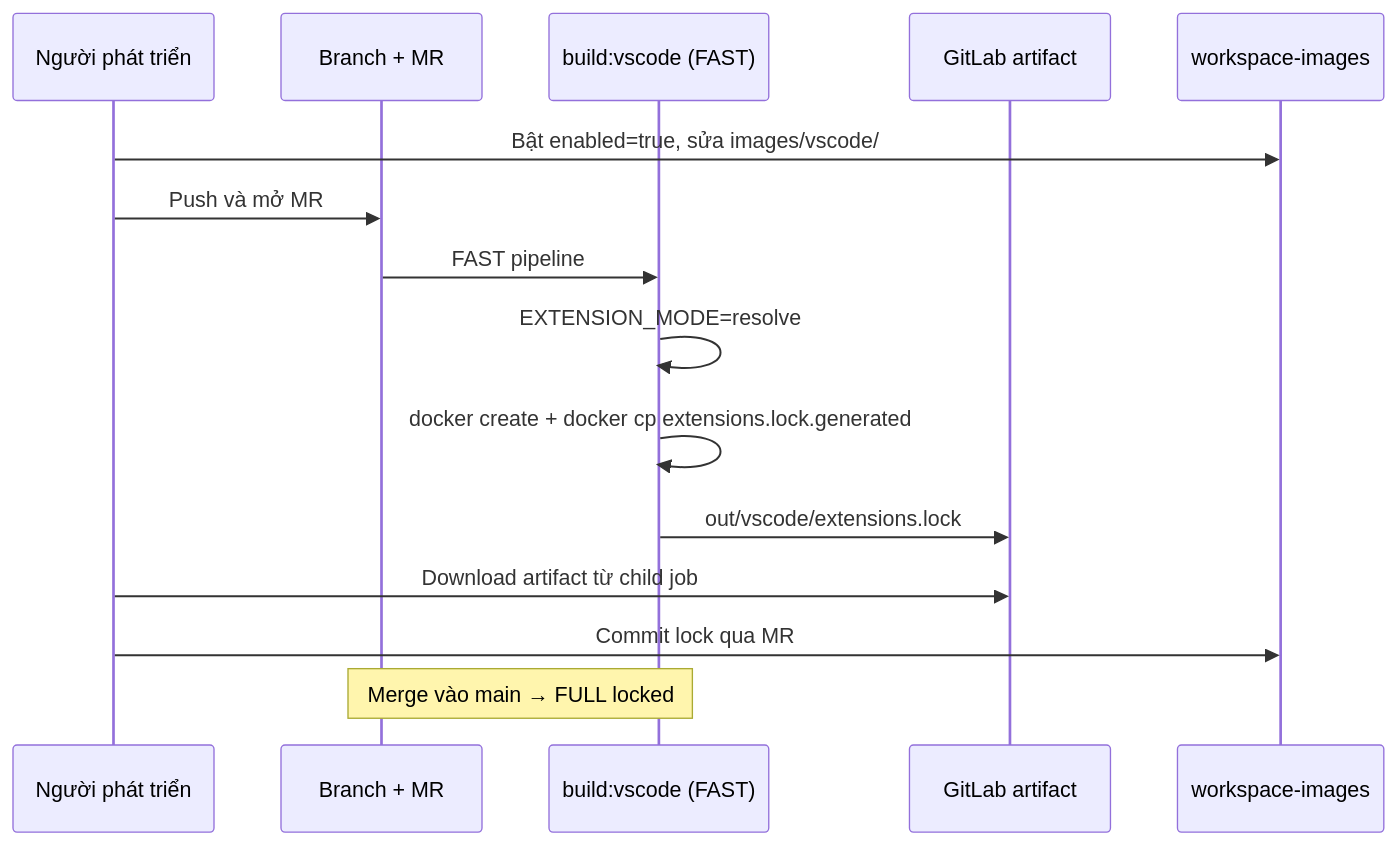
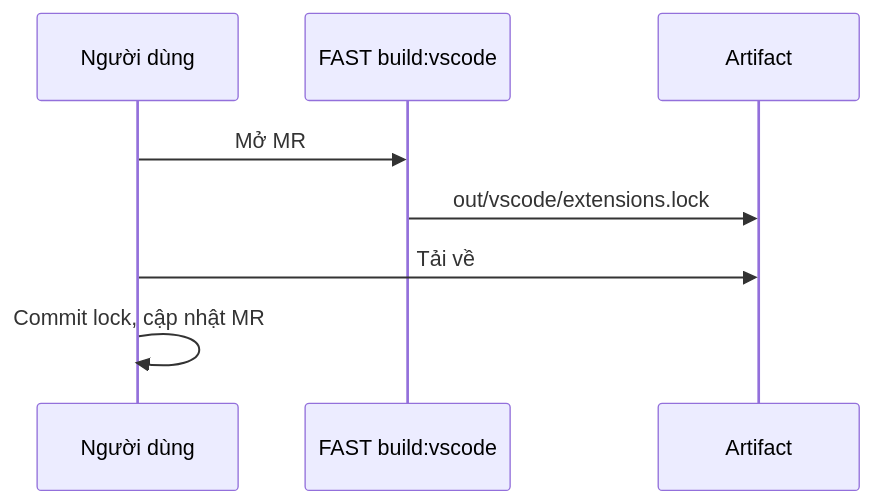
Before and after one commit to solution156/workspace-images: the third of 3 diagrams in README.md, drawn with Mermaid. The commit also changed other lines of this file, not shown here.

````diff
--- a/README.md
+++ b/README.md
@@ -172,18 +113,11 @@
 ```mermaid
 sequenceDiagram
-    participant Dev as Người phát triển
-    participant MR as Branch + MR
-    participant CI as build:vscode (FAST)
-    participant GL as GitLab artifact
-    participant WS as workspace-images
+    participant Dev as Người dùng
+    participant CI as FAST build:vscode
+    participant GL as Artifact
 
-    Dev->>WS: Bật enabled=true, sửa images/vscode/
-    Dev->>MR: Push và mở MR
-    MR->>CI: FAST pipeline
-    CI->>CI: EXTENSION_MODE=resolve
-    CI->>CI: docker create + docker cp extensions.lock.generated
+    Dev->>CI: Mở MR
     CI->>GL: out/vscode/extensions.lock
-    Dev->>GL: Download artifact từ child job
-    Dev->>WS: Commit lock qua MR
-    Note over MR,CI: Merge vào main → FULL locked
+    Dev->>GL: Tải về
+    Dev->>Dev: Commit lock, cập nhật MR
 ```
````
